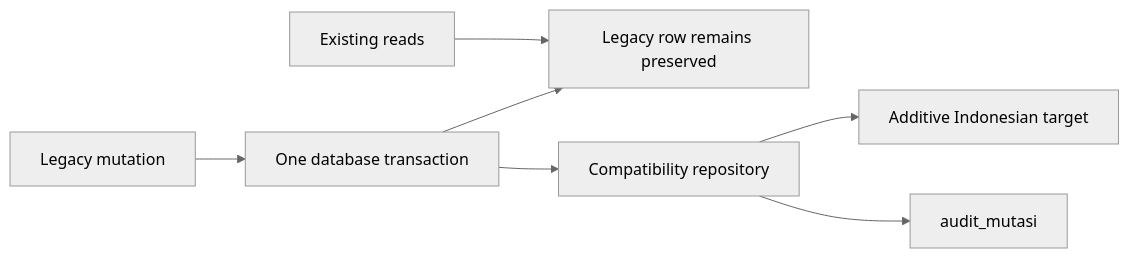
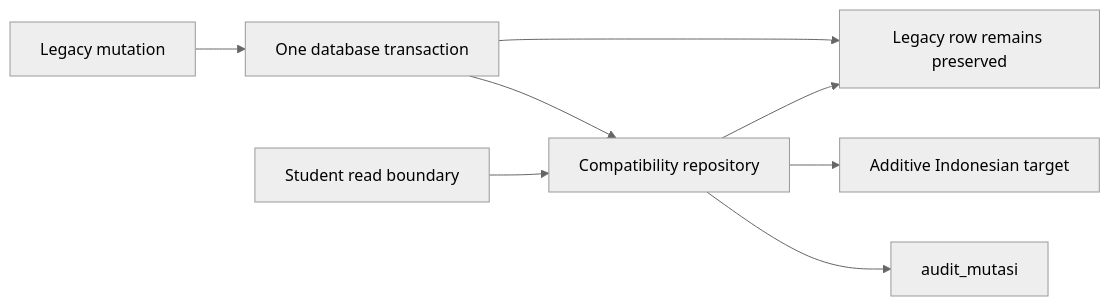
The first of 8 diagrams in docs/ARCHITECTURE.md (soezyxstt/zyxacademy), drawn with Mermaid (neutral theme) before and after one commit. The commit also changed other lines of this file and 38 other files, not shown here.

````diff
--- a/docs/ARCHITECTURE.md
+++ b/docs/ARCHITECTURE.md
@@ -151,9 +151,10 @@
 ```mermaid
 flowchart LR
     L[Legacy mutation] --> T[One database transaction]
     T --> LL[Legacy row remains preserved]
     T --> C[Compatibility repository]
     C --> N[Additive Indonesian target]
     C --> A[audit_mutasi]
-    R[Existing reads] --> LL
+    R[Student read boundary] --> C
+    C --> LL
 ```
````
